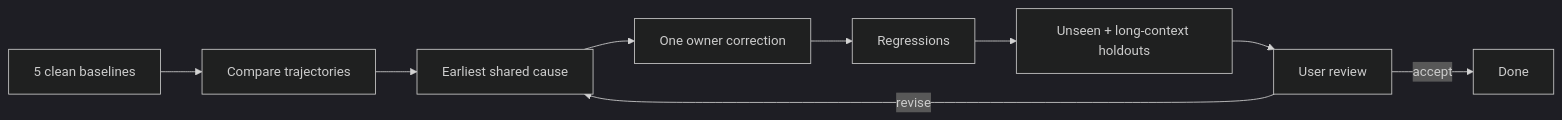
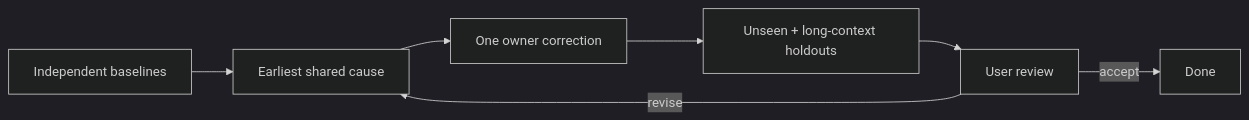
One commit to MP281X/ai-toolkit changed the diagram in .agents/skills/skill-writing/references/evaluation.md. Above: the diagram before and after it, drawn with Mermaid (dark theme). The commit also changed other lines of this file and 16 other files, not shown here.

````diff
--- a/.agents/skills/skill-writing/references/evaluation.md
+++ b/.agents/skills/skill-writing/references/evaluation.md
@@ -92,11 +57,9 @@
 ```mermaid
 flowchart LR
-	B[5 clean baselines] --> T[Compare trajectories]
-	T --> R[Earliest shared cause]
+	B[Independent baselines] --> R[Earliest shared cause]
 	R --> C[One owner correction]
-	C --> G[Regressions]
-	G --> H[Unseen + long-context holdouts]
+	C --> H[Unseen + long-context holdouts]
 	H --> U[User review]
 	U -->|revise| R
 	U -->|accept| D[Done]
 ```
````
